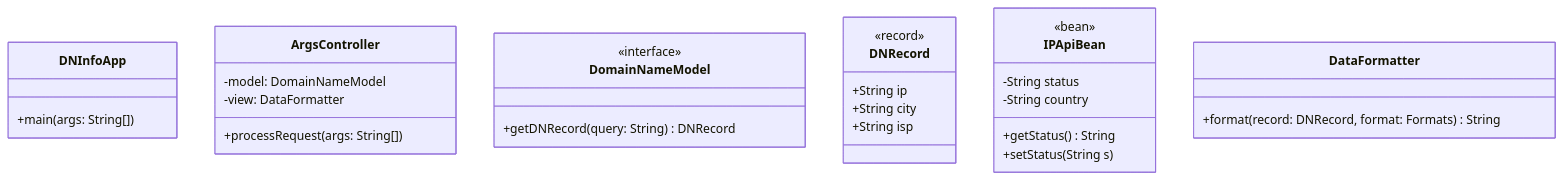
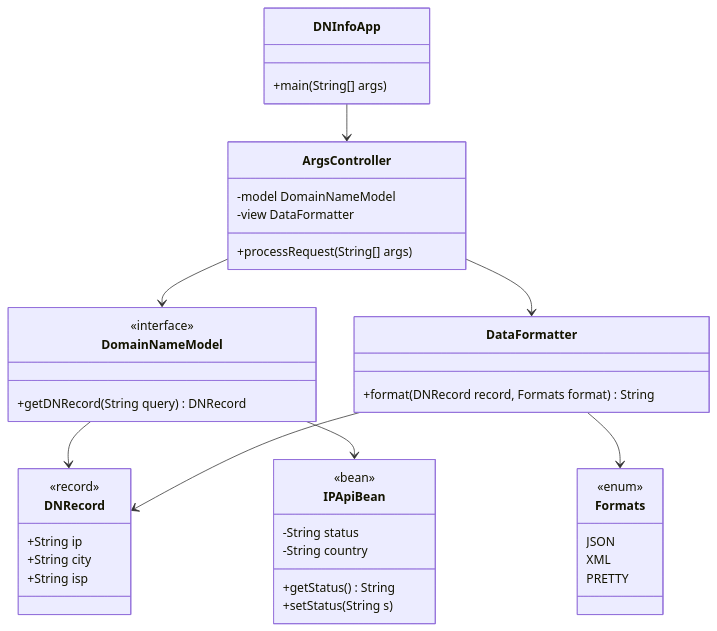
Before and after one commit to liulu0713/5004homework: the first of 2 diagrams in Homework Assignment 0708/DesignDocument.md, drawn with Mermaid. The commit also changed other lines of this file and 1 other file, not shown here.

````diff
--- a/Homework Assignment 0708/DesignDocument.md
+++ b/Homework Assignment 0708/DesignDocument.md
@@ -13,39 +13,69 @@
 ```mermaid
 classDiagram
-    %% Controller Layer
+%% =======================
+%% Controller Layer
+%% =======================
     class DNInfoApp {
-        +main(args: String[])
-    }
-    class ArgsController {
-        -model: DomainNameModel
-        -view: DataFormatter
-        +processRequest(args: String[])
+        +main(String[] args)
     }
 
-    %% Model Layer
+    class ArgsController {
+        -model DomainNameModel
+        -view DataFormatter
+        +processRequest(String[] args)
+    }
+
+%% =======================
+%% Model Layer
+%% =======================
     class DomainNameModel {
         <<interface>>
-        +getDNRecord(query: String) DNRecord
+        +getDNRecord(String query) DNRecord
     }
-   
-   
+
     class DNRecord {
         <<record>>
         +String ip
         +String city
         +String isp
     }
+
     class IPApiBean {
         <<bean>>
         -String status
         -String country
         +getStatus() String
         +setStatus(String s)
     }
 
-    %% View Layer
+%% =======================
+%% View Layer
+%% =======================
     class DataFormatter {
-        +format(record: DNRecord, format: Formats) String
+        +format(DNRecord record, Formats format) String
     }
 
+%% =======================
+%% Enum
+%% =======================
+    class Formats {
+        <<enum>>
+        JSON
+        XML
+        PRETTY
+    }
+
+%% =======================
+%% Relationships
+%% =======================
+    DNInfoApp --> ArgsController
+
+    ArgsController --> DomainNameModel
+    ArgsController --> DataFormatter
+
+    DomainNameModel --> DNRecord
+    DomainNameModel --> IPApiBean
+
+    DataFormatter --> DNRecord
+    DataFormatter --> Formats
 ```
````
